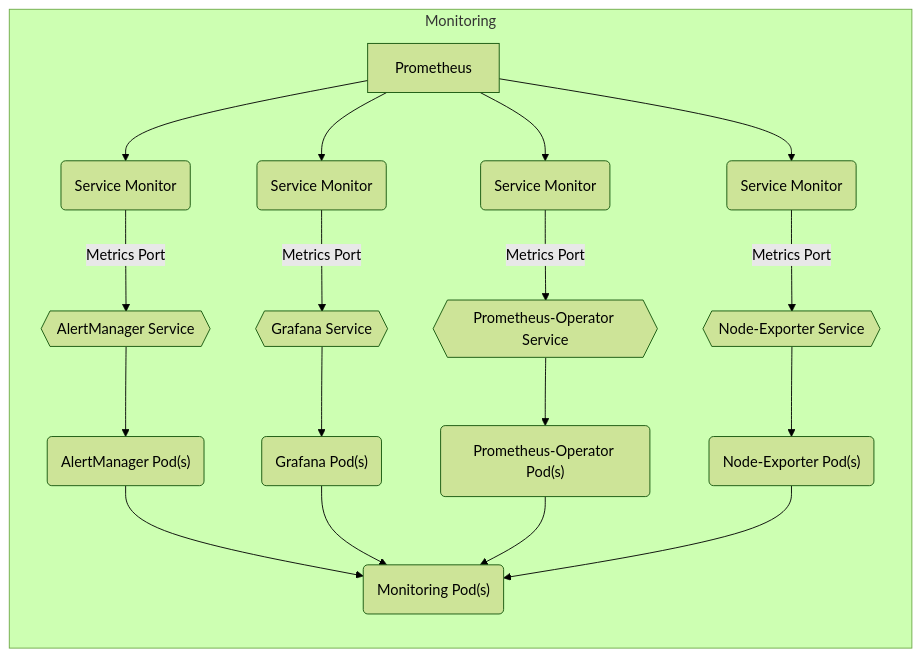
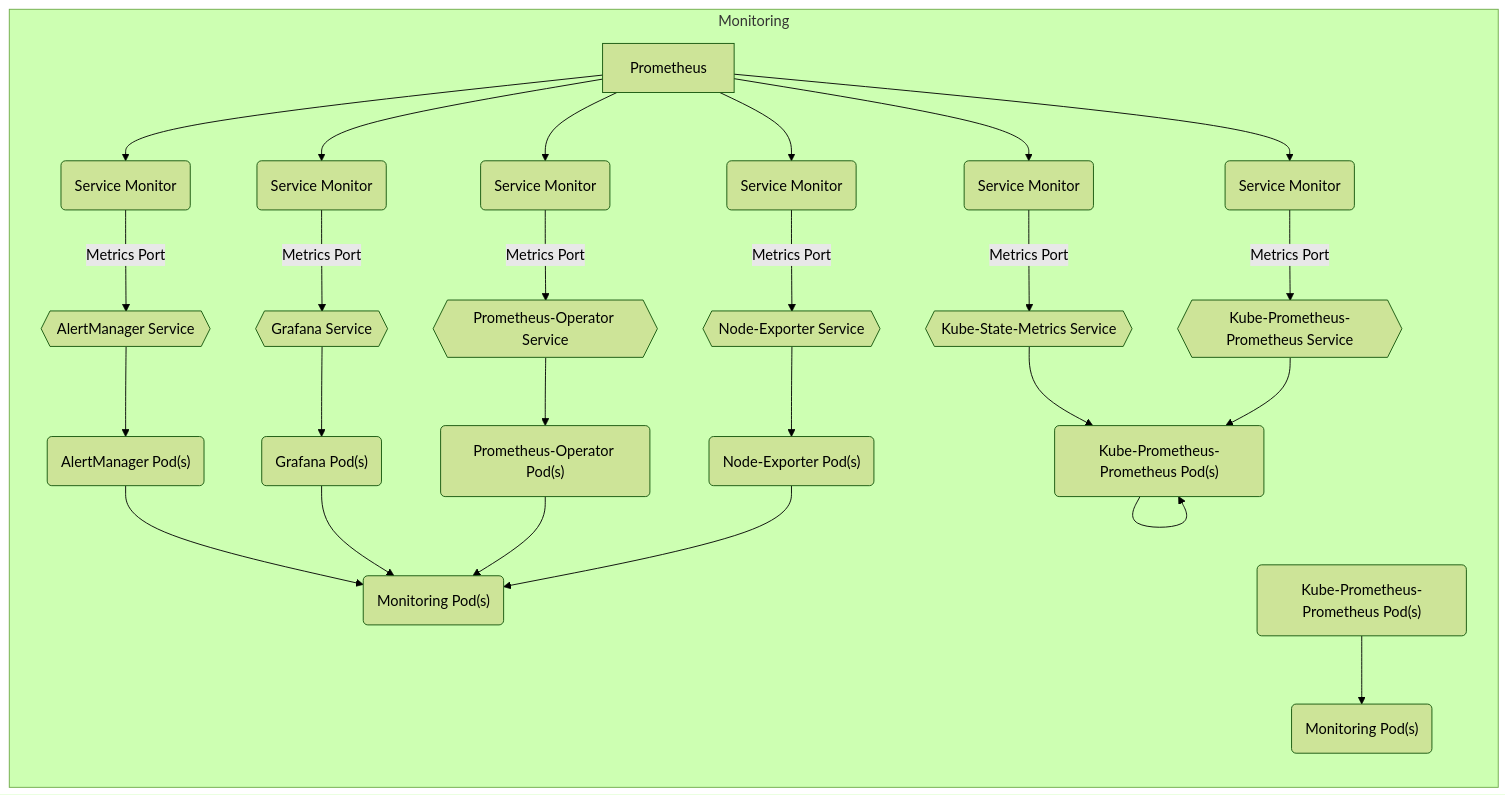
The diagram in charter/packages/monitoring/Architecture.md (sbko/bigbang), drawn with Mermaid (forest theme) before and after one commit.

Commit message:
monitoring architecture

````diff
--- a/charter/packages/monitoring/Architecture.md
+++ b/charter/packages/monitoring/Architecture.md
@@ -12,24 +12,32 @@
  ```mermaid
 graph LR
   subgraph "Monitoring"
     alertmanagerpods("AlertManager Pod(s)") --> monitoringpods("Monitoring Pod(s)")
     alertmanagerservice{{AlertManager Service}} --> alertmanagerpods("AlertManager Pod(s)")
     alertmanagersvcmonitor("Service Monitor") --"Metrics Port"--> alertmanagerservice
     Prometheus --> alertmanagersvcmonitor("Service Monitor")
     grafanapods("Grafana Pod(s)") --> monitoringpods("Monitoring Pod(s)")
     grafanaservice{{Grafana Service}} --> grafanapods("Grafana Pod(s)")
     grafanasvcmonitor("Service Monitor") --"Metrics Port"--> grafanaservice
     Prometheus --> grafanasvcmonitor("Service Monitor")
     prometheusoperatorpods("Prometheus-Operator Pod(s)") --> monitoringpods("Monitoring Pod(s)")
     prometheusoperatorservice{{Prometheus-Operator Service}} -->  prometheusoperatorpods("Prometheus-Operator Pod(s)")
     prometheusoperatorsvcmonitor("Service Monitor") --"Metrics Port"--> prometheusoperatorservice
     Prometheus --> prometheusoperatorsvcmonitor("Service Monitor")
     nodeexporterpods("Node-Exporter Pod(s)") --> monitoringpods("Monitoring Pod(s)")
     nodeexporterservice{{Node-Exporter Service}} -->  nodeexporterpods("Node-Exporter Pod(s)")
     nodeexportersvcmonitor("Service Monitor") --"Metrics Port"-->  nodeexporterservice
     Prometheus --> nodeexportersvcmonitor("Service Monitor")
+    kubestatemetricspods("Kube-State-Metrics Pod(s)") --> kubestatemetricspods("Monitoring Pod(s)")
+    kubestatemetricsservice{{Kube-State-Metrics Service}} --> kubestatemetricspods("Kube-State-Metrics Pod(s)")
+    kubestatemetricssvcmonitor("Service Monitor") --"Metrics Port"-->  kubestatemetricsservice
+    Prometheus --> kubestatemetricssvcmonitor("Service Monitor")
+    kubeprometheusprometheus("Kube-Prometheus-Prometheus Pod(s)") --> kubeprometheusprometheuspods("Monitoring Pod(s)")
+    kubeprometheusprometheusservice{{Kube-Prometheus-Prometheus Service}} --> kubestatemetricspods("Kube-Prometheus-Prometheus Pod(s)")
+    kubeprometheusprometheussvcmonitor("Service Monitor") --"Metrics Port"-->  kubeprometheusprometheusservice
+    Prometheus --> kubeprometheusprometheussvcmonitor("Service Monitor")
 
     
   end
   
 ```   
````
